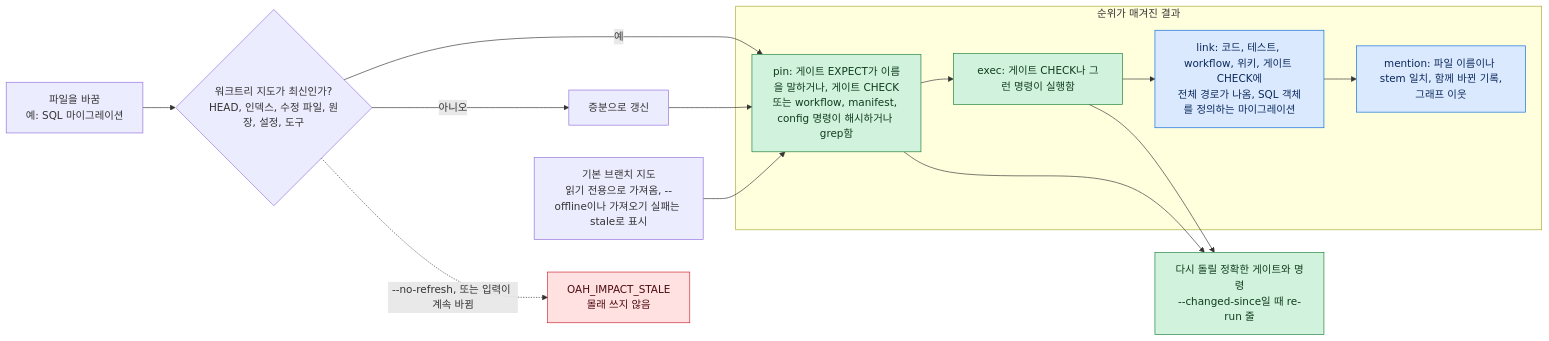
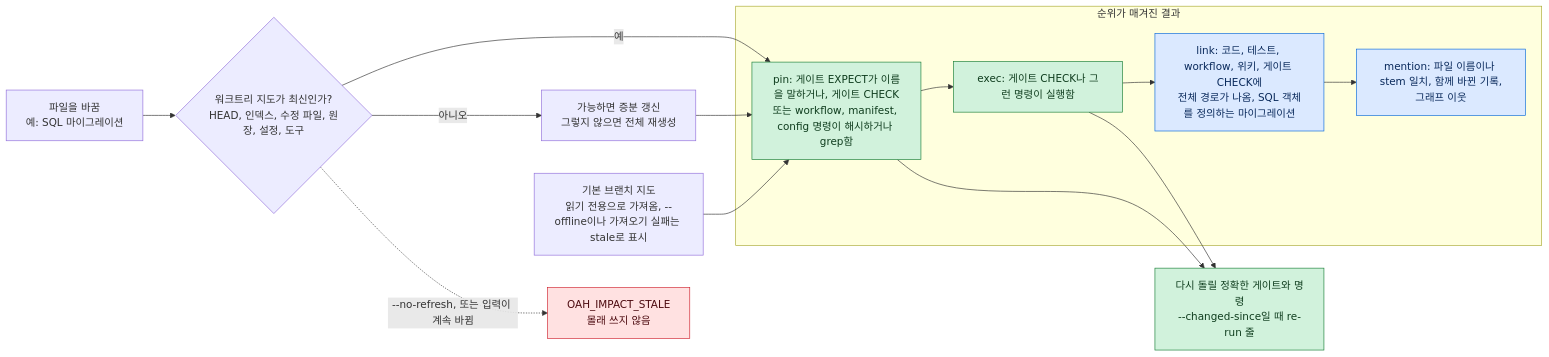
One commit to KenSuh/open-agent-harness changed the fourth of 6 diagrams in docs/ko/concepts.md. Above: the diagram before and after it, drawn with Mermaid. The commit also changed other lines of this file and 2 other files, not shown here.

First line of the commit message:
docs: correct preflight, pre-push, impact refresh and re-ranker paths (review R1)

````diff
--- a/docs/ko/concepts.md
+++ b/docs/ko/concepts.md
@@ -220,33 +223,33 @@
 ```mermaid
 flowchart LR
     change["파일을 바꿈<br/>예: SQL 마이그레이션"]
     fresh{"워크트리 지도가 최신인가?<br/>HEAD, 인덱스, 수정 파일, 원장, 설정, 도구"}
-    refresh["증분으로 갱신"]
+    refresh["가능하면 증분 갱신<br/>그렇지 않으면 전체 재생성"]
     stale["OAH_IMPACT_STALE<br/>몰래 쓰지 않음"]
     dflt["기본 브랜치 지도<br/>읽기 전용으로 가져옴, --offline이나 가져오기 실패는 stale로 표시"]
 
     subgraph ranked["순위가 매겨진 결과"]
         pinR["pin: 게이트 EXPECT가 이름을 말하거나, 게이트 CHECK<br/>또는 workflow, manifest, config 명령이 해시하거나 grep함"]
         execR["exec: 게이트 CHECK나 그런 명령이 실행함"]
         linkR["link: 코드, 테스트, workflow, 위키, 게이트 CHECK에<br/>전체 경로가 나옴, SQL 객체를 정의하는 마이그레이션"]
         mentionR["mention: 파일 이름이나 stem 일치, 함께 바뀐 기록,<br/>그래프 이웃"]
     end
 
     rerun["다시 돌릴 정확한 게이트와 명령<br/>--changed-since일 때 re-run 줄"]
 
     change --> fresh
     fresh -->|"예"| pinR
     fresh -->|"아니오"| refresh --> pinR
     fresh -.->|"--no-refresh, 또는 입력이 계속 바뀜"| stale
     dflt --> pinR
     pinR --> execR --> linkR --> mentionR
     pinR --> rerun
     execR --> rerun
 
     classDef strong fill:#d1f2dc,stroke:#1a7f37,color:#0f3d1e
     classDef weak fill:#dbe9ff,stroke:#0969da,color:#0a2a5c
     classDef stop fill:#ffe1e1,stroke:#cf222e,color:#4c0a0f
     class pinR,execR,rerun strong
     class linkR,mentionR weak
     class stale stop
 ```
````
